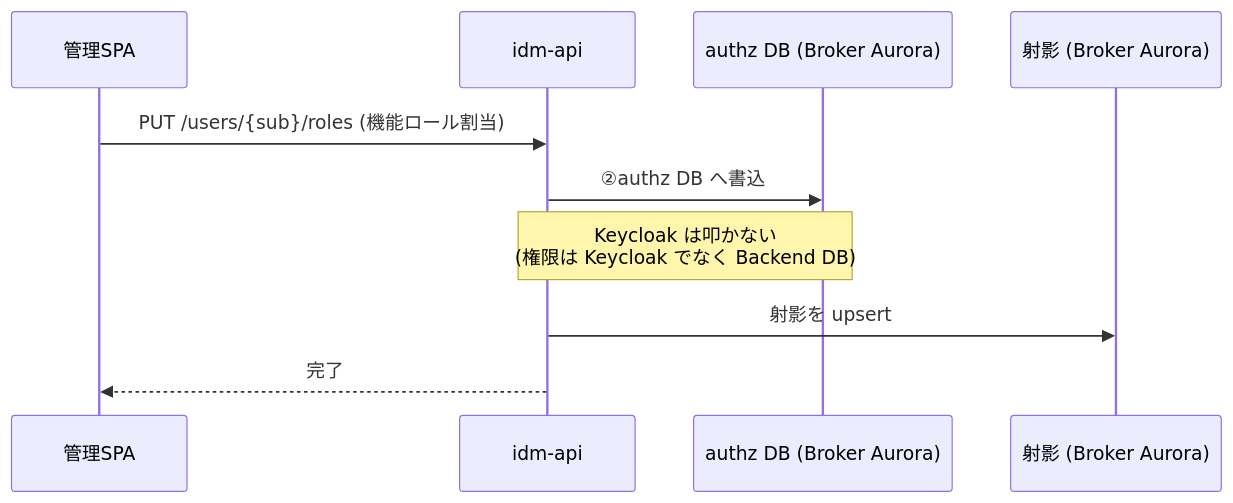
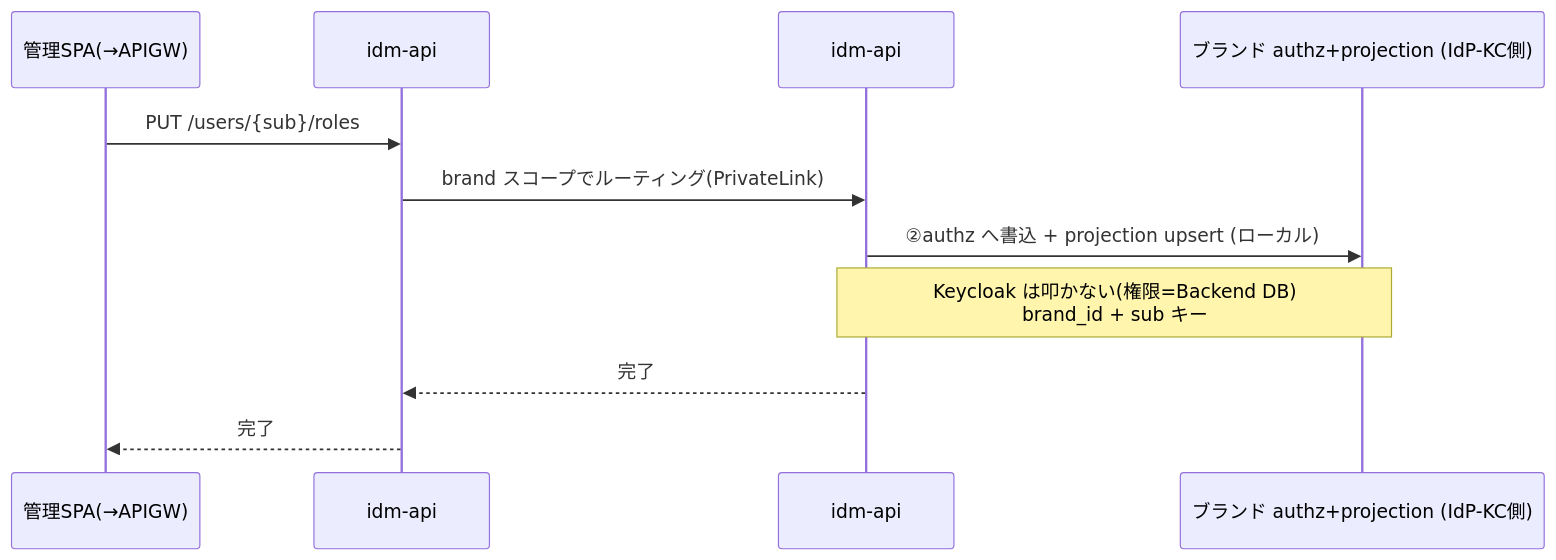
Before and after one commit to suepie/aws-atuh-poc: the fourth of 5 diagrams in doc/basic-design/research/control-plane-crud-authz-flows-notes.md, drawn with Mermaid. The commit also changed other lines of this file and 4 other files, not shown here.

````diff
--- a/doc/basic-design/research/control-plane-crud-authz-flows-notes.md
+++ b/doc/basic-design/research/control-plane-crud-authz-flows-notes.md
@@ -146,13 +148,14 @@
 ```mermaid
 sequenceDiagram
-    participant SPA as 管理SPA
-    participant A1 as idm-api #1 (Broker)
-    participant AZ as authz DB (Broker Aurora)
-    participant PJ as 射影 (Broker Aurora)
+    participant SPA as 管理SPA(→APIGW)
+    participant A1 as idm-api #1 (Broker/front door)
+    participant A2 as idm-api #2 (ブランド/IdP-KC)
+    participant AZ as ブランド authz+projection (IdP-KC側)
 
-    SPA->>A1: PUT /users/{sub}/roles (機能ロール割当)
-    A1->>AZ: ②authz DB へ書込
-    Note over A1,AZ: Keycloak は叩かない<br/>(権限は Keycloak でなく Backend DB)
-    A1->>PJ: 射影を upsert
+    SPA->>A1: PUT /users/{sub}/roles
+    A1->>A2: brand スコープでルーティング(PrivateLink)
+    A2->>AZ: ②authz へ書込 + projection upsert (ローカル)
+    Note over A2,AZ: Keycloak は叩かない(権限=Backend DB)<br/>brand_id + sub キー
+    A2-->>A1: 完了
     A1-->>SPA: 完了
 ```
````
